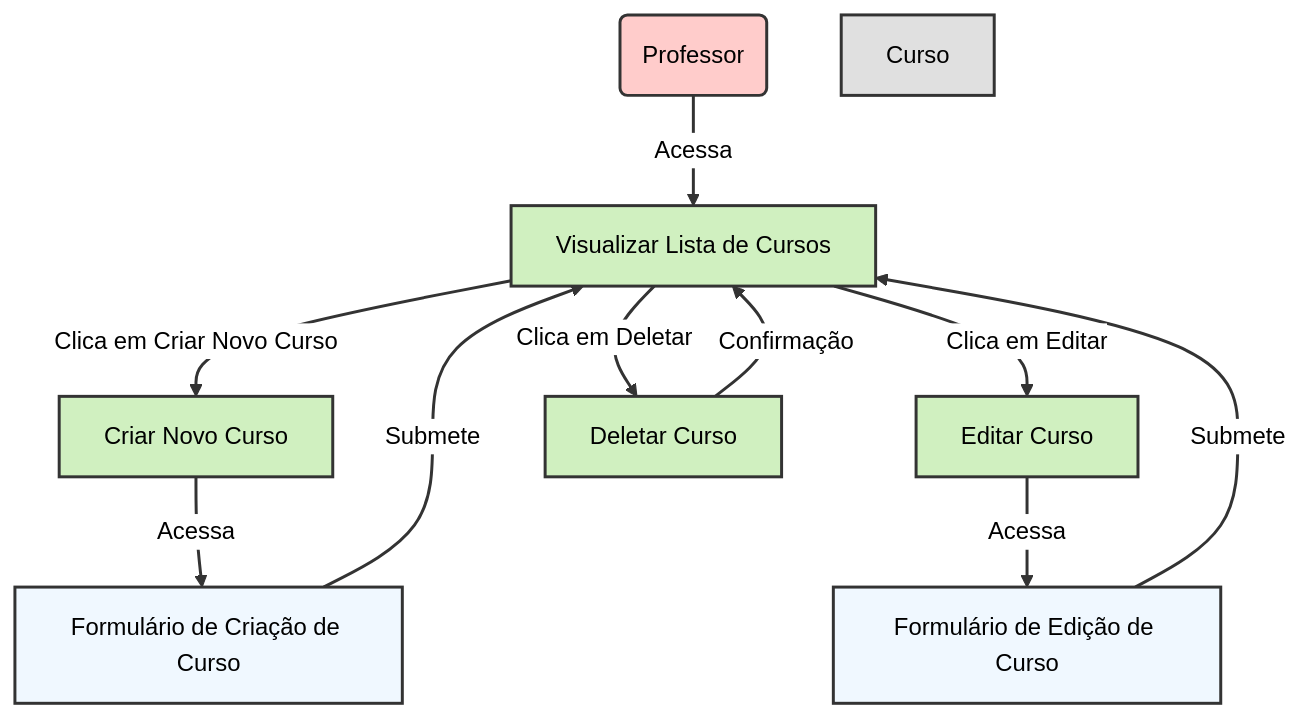
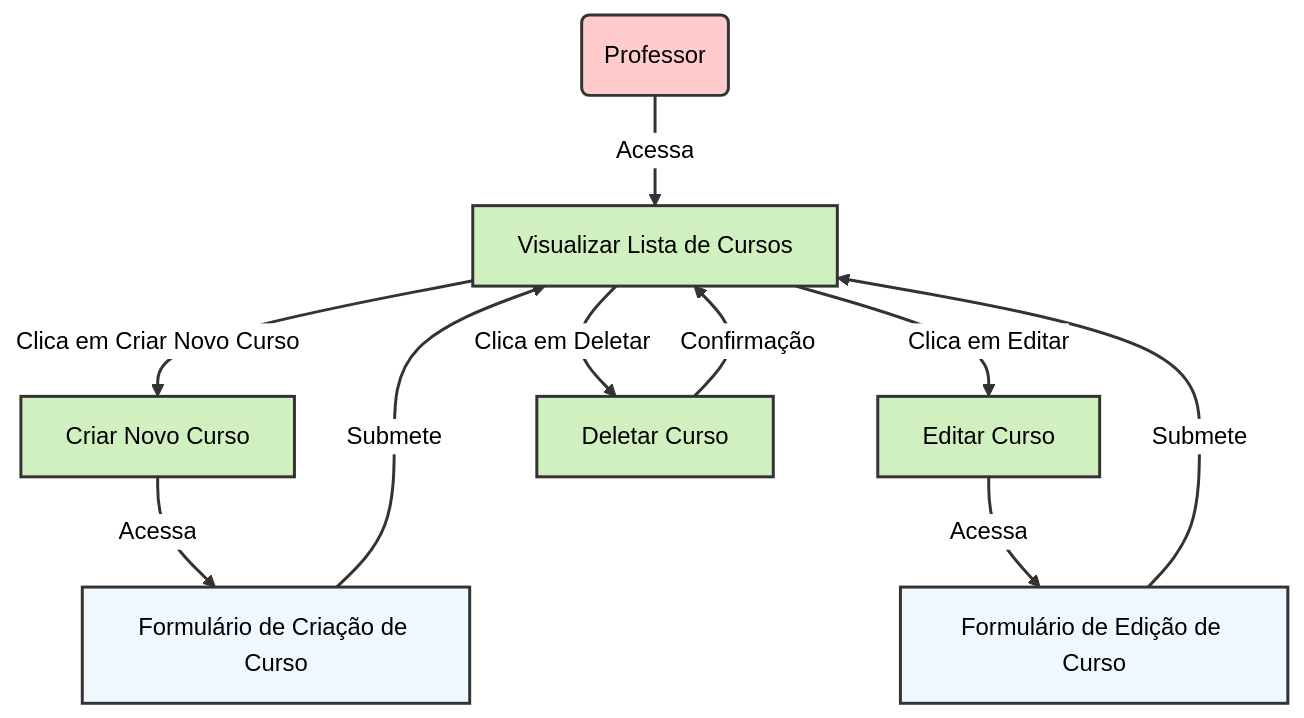
The sixth of 6 diagrams in README.md (Paiva8859/PlataformaEAD), drawn with Mermaid (neutral theme) before and after one commit.

````diff
--- a/README.md
+++ b/README.md
@@ -158,51 +158,44 @@
 ```mermaid
 flowchart TD
     %% Definindo o Ator
     A1(Professor)
 
     %% Definindo as Ações
     P1[Visualizar Lista de Cursos]
     P2[Criar Novo Curso]
     P3[Editar Curso]
     P4[Deletar Curso]
 
     %% Definindo os Formulários
     F1[Formulário de Criação de Curso]
     F2[Formulário de Edição de Curso]
-
-    %% Definindo os Cursos
-    C1[Curso]
 
     %% Fluxo de Ações
     A1 -->|Acessa| P1
     P1 -->|Clica em Criar Novo Curso| P2
     P1 -->|Clica em Editar| P3
     P1 -->|Clica em Deletar| P4
 
     P2 -->|Acessa| F1
     P3 -->|Acessa| F2
 
     F1 -->|Submete| P1
     F2 -->|Submete| P1
 
     P4 -->|Confirmação| P1
 
     %% Estilizando o Ator
     classDef actor fill:#ffcccb,stroke:#333,stroke-width:2px,color:#000;
     class A1 actor;
 
     %% Estilizando as Ações
     classDef action fill:#d0f0c0,stroke:#333,stroke-width:2px,color:#000;
     class P1,P2,P3,P4 action;
 
     %% Estilizando os Formulários
     classDef form fill:#f0f8ff,stroke:#333,stroke-width:2px,color:#000;
     class F1,F2 form;
 
-    %% Estilizando os Cursos
-    classDef course fill:#e0e0e0,stroke:#333,stroke-width:2px,color:#000;
-    class C1 course;
-
     %% Estilizando as Conexões
     linkStyle default stroke:#333,stroke-width:2px;
 ```
````
